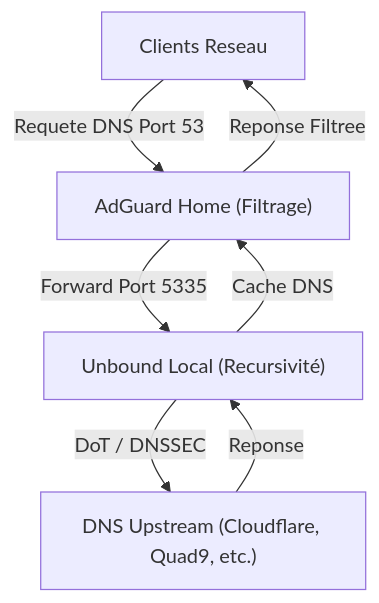
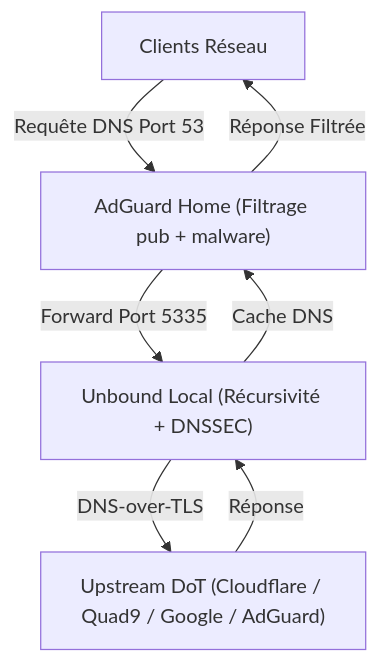
One commit to nickdesi/unbound-adguard-installer changed the diagram in README.md. Above: the diagram before and after it, drawn with Mermaid. The commit also changed other lines of this file, not shown here.

Commit message:
docs: mise à jour README pour v3.4.1 - suppression migrate_dns_lxc, nouveaux flags, fail-fast sourcing

````diff
--- a/README.md
+++ b/README.md
@@ -12,9 +13,9 @@
 ```mermaid
 graph TD
-    Client[Clients Reseau] -->|Requete DNS Port 53| AGH["AdGuard Home (Filtrage)"]
-    AGH -->|Forward Port 5335| Unbound["Unbound Local (Recursivité)"]
-    Unbound -->|DoT / DNSSEC| Upstream["DNS Upstream (Cloudflare, Quad9, etc.)"]
-    Upstream -->|Reponse| Unbound
+    Client[Clients Réseau] -->|Requête DNS Port 53| AGH["AdGuard Home (Filtrage pub + malware)"]
+    AGH -->|Forward Port 5335| Unbound["Unbound Local (Récursivité + DNSSEC)"]
+    Unbound -->|DNS-over-TLS| Upstream["Upstream DoT (Cloudflare / Quad9 / Google / AdGuard)"]
+    Upstream -->|Réponse| Unbound
     Unbound -->|Cache DNS| AGH
-    AGH -->|Reponse Filtree| Client
+    AGH -->|Réponse Filtrée| Client
 ```
````
